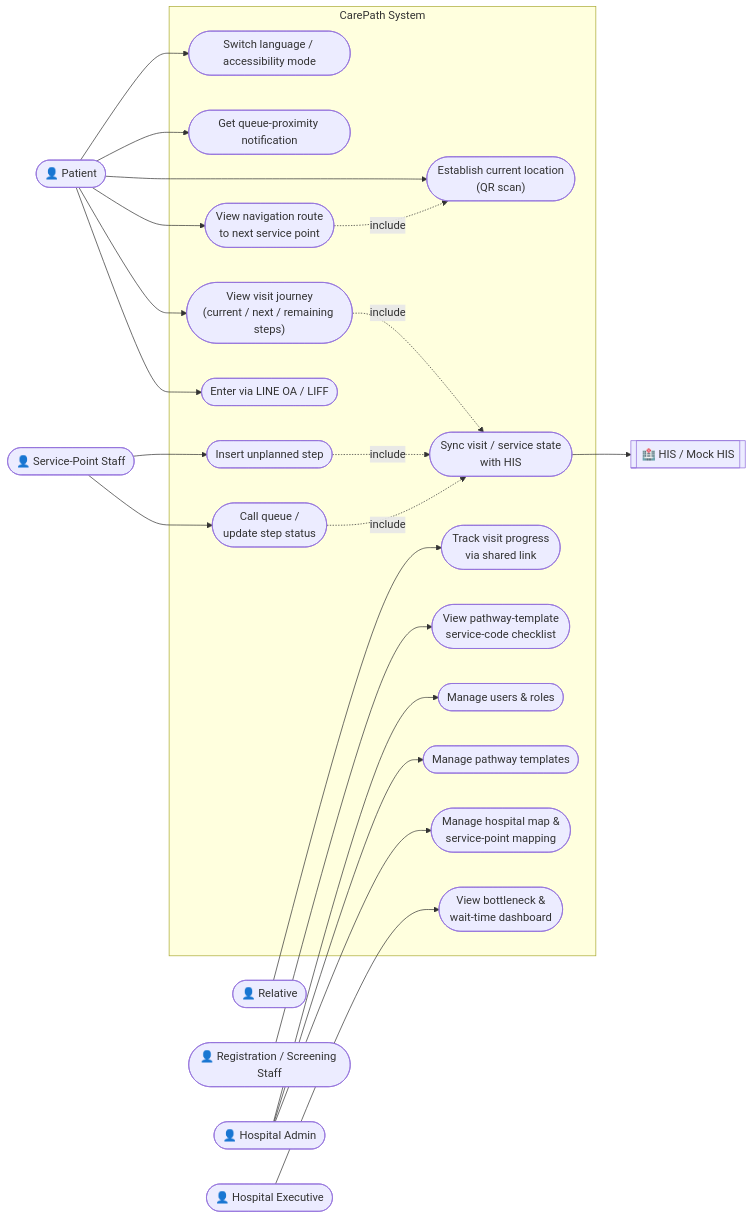
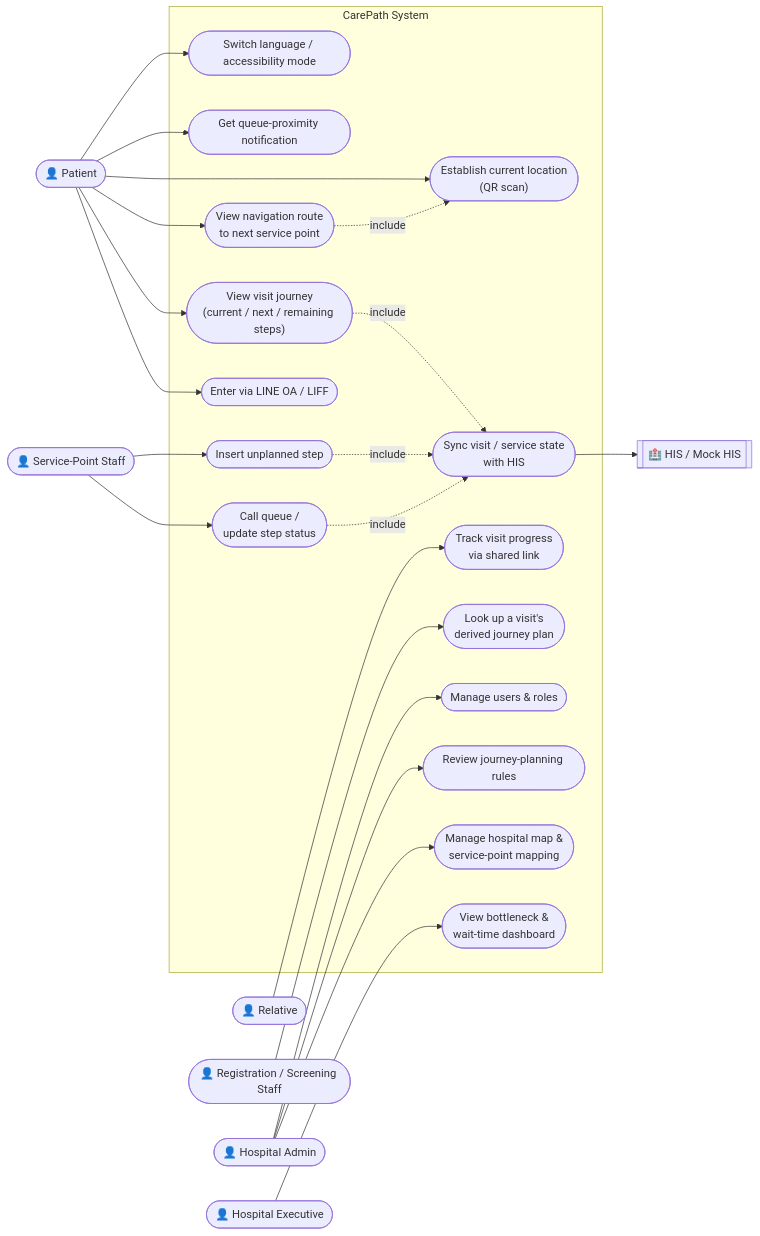
Before and after one commit to somprasongd/carepath: the diagram in docs/deliverables/01-requirement-specification.md, drawn with Mermaid. The commit also changed other lines of this file and 4 other files, not shown here.

First line of the commit message:
Align deliverable docs with ADR-0009 and diagram the HIS<->CarePath flow

````diff
--- a/docs/deliverables/01-requirement-specification.md
+++ b/docs/deliverables/01-requirement-specification.md
@@ -139,49 +143,49 @@
 ```mermaid
 flowchart LR
     Patient(["👤 Patient"])
     Relative(["👤 Relative"])
     RegStaff(["👤 Registration / Screening Staff"])
     SPStaff(["👤 Service-Point Staff"])
     Admin(["👤 Hospital Admin"])
     Exec(["👤 Hospital Executive"])
     HIS[["🏥 HIS / Mock HIS"]]
 
     subgraph CarePath["CarePath System"]
         UC1(["Enter via LINE OA / LIFF"])
         UC2(["View visit journey<br/>(current / next / remaining steps)"])
         UC3(["View navigation route<br/>to next service point"])
         UC4(["Establish current location<br/>(QR scan)"])
         UC5(["Get queue-proximity notification"])
         UC6(["Switch language / accessibility mode"])
         UC7(["Track visit progress<br/>via shared link"])
-        UC8(["View pathway-template<br/>service-code checklist"])
+        UC8(["Look up a visit's<br/>derived journey plan"])
         UC9(["Call queue /<br/>update step status"])
         UC10(["Insert unplanned step"])
         UC11(["Manage hospital map &amp;<br/>service-point mapping"])
-        UC12(["Manage pathway templates"])
+        UC12(["Review journey-planning rules"])
         UC13(["Manage users &amp; roles"])
         UC14(["View bottleneck &amp;<br/>wait-time dashboard"])
         UC15(["Sync visit / service state<br/>with HIS"])
     end
 
     Patient --> UC1
     Patient --> UC2
     Patient --> UC3
     Patient --> UC4
     Patient --> UC5
     Patient --> UC6
     Relative --> UC7
     RegStaff --> UC8
     SPStaff --> UC9
     SPStaff --> UC10
     Admin --> UC11
     Admin --> UC12
     Admin --> UC13
     Exec --> UC14
 
     UC3 -. include .-> UC4
     UC2 -. include .-> UC15
     UC9 -. include .-> UC15
     UC10 -. include .-> UC15
     UC15 --> HIS
 ```
````
